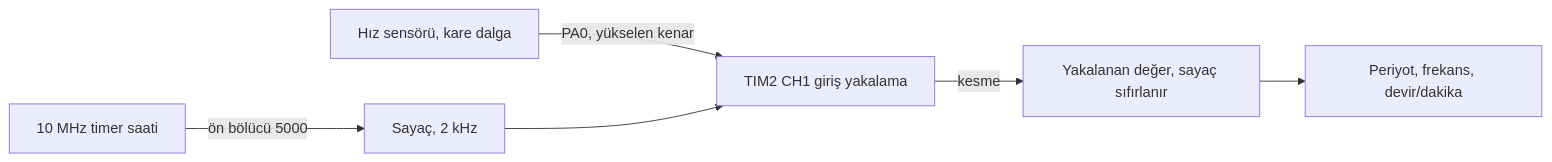
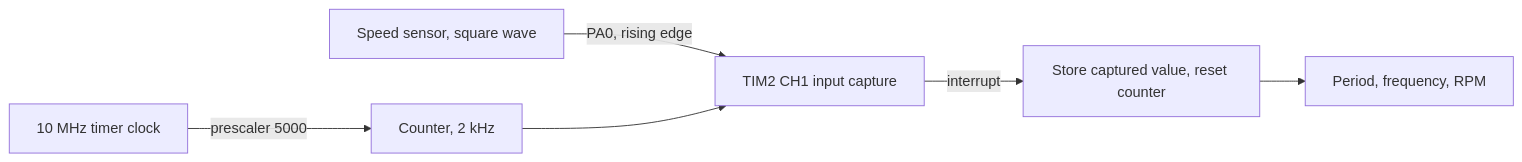
Before and after one commit to meyubcan/stm32-input-capture-speed: the diagram in README.md, drawn with Mermaid. The commit also changed other lines of this file and 1 other file, not shown here.

````diff
--- a/README.md
+++ b/README.md
@@ -9,8 +13,8 @@
 ```mermaid
 flowchart LR
-    S[Hız sensörü, kare dalga] -- "PA0, yükselen kenar" --> IC[TIM2 CH1 giriş yakalama]
-    CLK[10 MHz timer saati] -- "ön bölücü 5000" --> CNT[Sayaç, 2 kHz]
+    S[Speed sensor, square wave] -- "PA0, rising edge" --> IC[TIM2 CH1 input capture]
+    CLK[10 MHz timer clock] -- "prescaler 5000" --> CNT[Counter, 2 kHz]
     CNT --> IC
-    IC -- kesme --> CB[Yakalanan değer, sayaç sıfırlanır]
-    CB --> CALC[Periyot, frekans, devir/dakika]
+    IC -- interrupt --> CB[Store captured value, reset counter]
+    CB --> CALC[Period, frequency, RPM]
 ```
````
